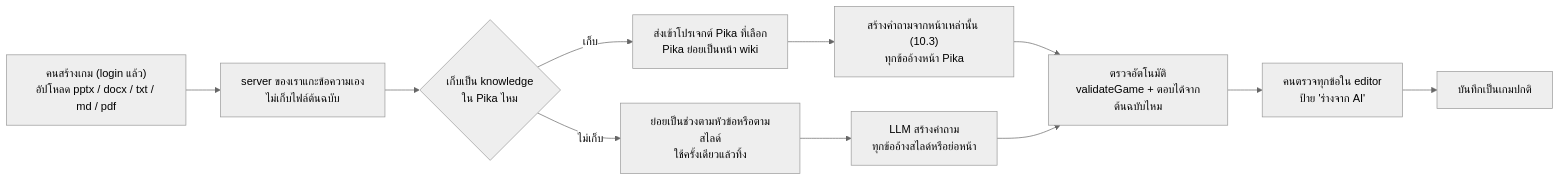
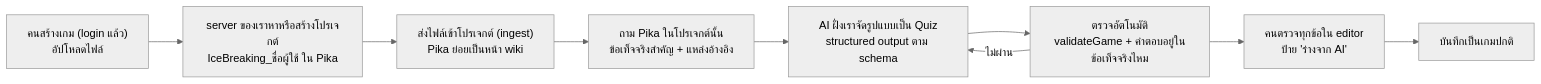
One commit to sakanarm/IcebreakerArena changed the second of 4 diagrams in docs/ROADMAP.md. Above: the diagram before and after it, drawn with Mermaid (neutral theme). The commit also changed other lines of this file, not shown here.

First line of the commit message:
Roadmap: build games from uploaded files via per-user Pika projects

````diff
--- a/docs/ROADMAP.md
+++ b/docs/ROADMAP.md
@@ -613,13 +621,11 @@
 ```mermaid
 flowchart LR
-  A["คนสร้างเกม (login แล้ว)<br/>อัปโหลด pptx / docx / txt / md / pdf"] --> B["server ของเราแกะข้อความเอง<br/>ไม่เก็บไฟล์ต้นฉบับ"]
-  B --> C{"เก็บเป็น knowledge<br/>ใน Pika ไหม"}
-  C -- "เก็บ" --> D["ส่งเข้าโปรเจกต์ Pika ที่เลือก<br/>Pika ย่อยเป็นหน้า wiki"]
-  D --> F["สร้างคำถามจากหน้าเหล่านั้น (10.3)<br/>ทุกข้ออ้างหน้า Pika"]
-  C -- "ไม่เก็บ" --> E["ย่อยเป็นช่วงตามหัวข้อหรือตามสไลด์<br/>ใช้ครั้งเดียวแล้วทิ้ง"]
-  E --> G["LLM สร้างคำถาม<br/>ทุกข้ออ้างสไลด์หรือย่อหน้า"]
-  F --> H["ตรวจอัตโนมัติ<br/>validateGame + ตอบได้จากต้นฉบับไหม"]
-  G --> H
-  H --> I["คนตรวจทุกข้อใน editor<br/>ป้าย 'ร่างจาก AI'"]
-  I --> J["บันทึกเป็นเกมปกติ"]
+  A["คนสร้างเกม (login แล้ว)<br/>อัปโหลดไฟล์"] --> B["server ของเราหาหรือสร้างโปรเจกต์<br/>IceBreaking_ชื่อผู้ใช้ ใน Pika"]
+  B --> C["ส่งไฟล์เข้าโปรเจกต์ (ingest)<br/>Pika ย่อยเป็นหน้า wiki"]
+  C --> D["ถาม Pika ในโปรเจกต์นั้น<br/>ข้อเท็จจริงสำคัญ + แหล่งอ้างอิง"]
+  D --> D2["AI ฝั่งเราจัดรูปแบบเป็น Quiz<br/>structured output ตาม schema"]
+  D2 --> E["ตรวจอัตโนมัติ<br/>validateGame + คำตอบอยู่ในข้อเท็จจริงไหม"]
+  E -- "ไม่ผ่าน" --> D2
+  E --> F["คนตรวจทุกข้อใน editor<br/>ป้าย 'ร่างจาก AI'"]
+  F --> G["บันทึกเป็นเกมปกติ"]
 ```
````
